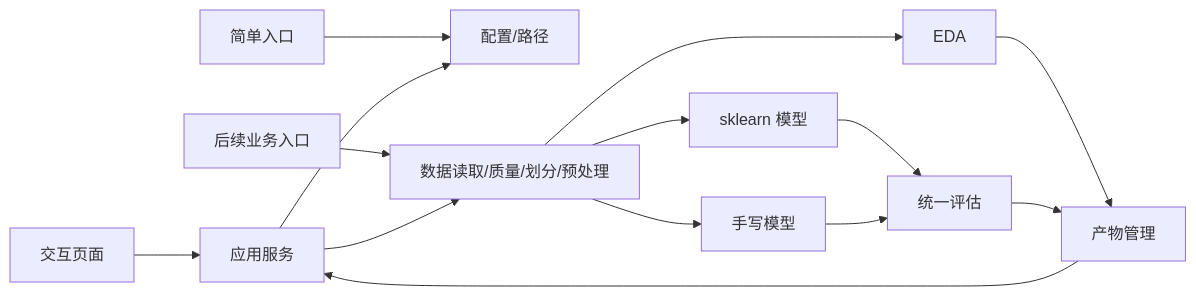
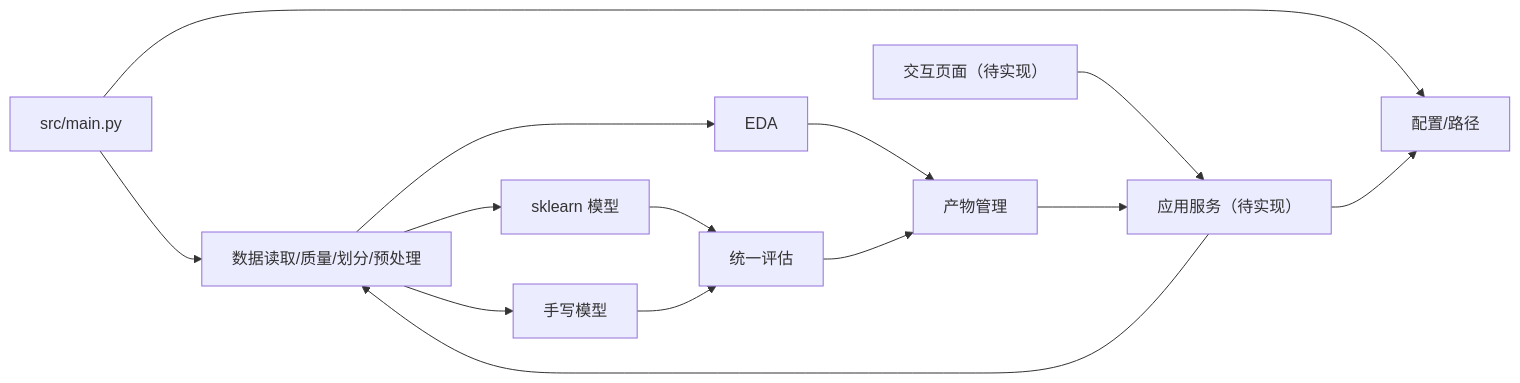
The diagram in docs/requirements/07_system_module_plan.md (LiangYin-Zheng/2026-AI_CourseDesign), drawn with Mermaid before and after one commit. The commit also changed other lines of this file and 3 other files, not shown here.

````diff
--- a/docs/requirements/07_system_module_plan.md
+++ b/docs/requirements/07_system_module_plan.md
@@ -53,16 +41,16 @@
 ```mermaid
 flowchart LR
-    ENTRY["简单入口"] --> CFG["配置/路径"]
-    UI["交互页面"] --> SVC["应用服务"]
+    ENTRY["src/main.py"] --> CFG["配置/路径"]
+    UI["交互页面（待实现）"] --> SVC["应用服务（待实现）"]
     SVC --> CFG
-    FUTURE["后续业务入口"] --> DATA["数据读取/质量/划分/预处理"]
+    ENTRY --> DATA["数据读取/质量/划分/预处理"]
     SVC --> DATA
     DATA --> EDA["EDA"]
     DATA --> SK["sklearn 模型"]
     DATA --> MAN["手写模型"]
     SK --> EVAL["统一评估"]
     MAN --> EVAL
     EDA --> ART["产物管理"]
     EVAL --> ART
     ART --> SVC
 ```
````
